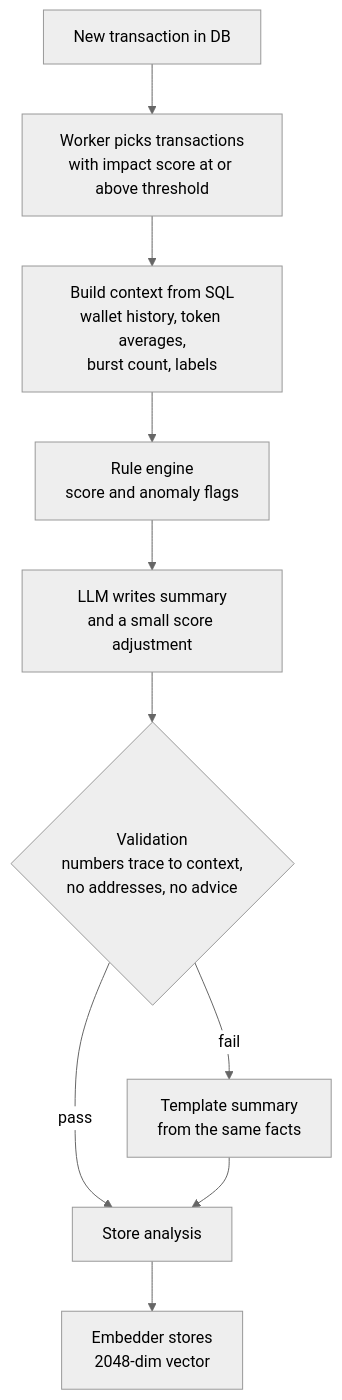
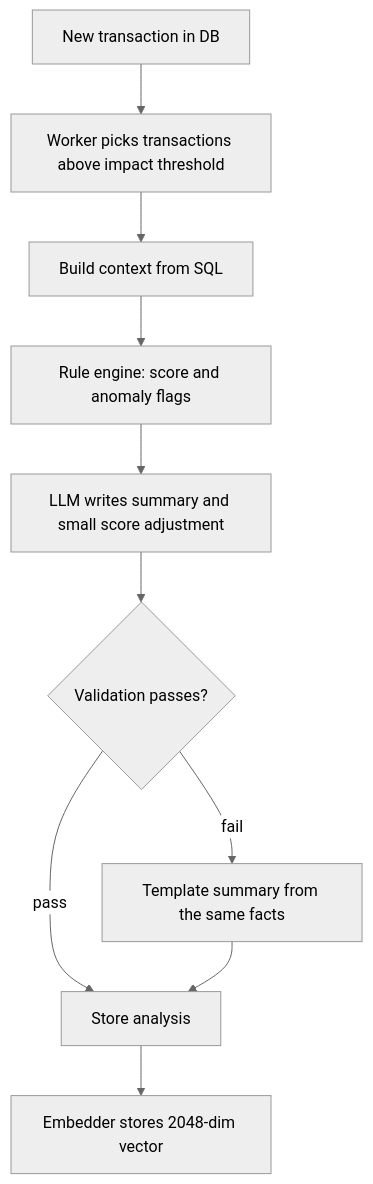
Before and after one commit to arpan-1010/tidal-iq: the second of 3 diagrams in Readme.md, drawn with Mermaid (neutral theme). The commit also changed other lines of this file, not shown here.

````diff
--- a/Readme.md
+++ b/Readme.md
@@ -104,12 +104,12 @@
 ```mermaid
 flowchart TD
-    A[New transaction in DB] --> B[Worker picks transactions<br/>with impact score at or above threshold]
-    B --> C[Build context from SQL<br/>wallet history, token averages,<br/>burst count, labels]
-    C --> D[Rule engine<br/>score and anomaly flags]
-    D --> E[LLM writes summary<br/>and a small score adjustment]
-    E --> F{Validation<br/>numbers trace to context,<br/>no addresses, no advice}
-    F -->|pass| G[Store analysis]
-    F -->|fail| H[Template summary<br/>from the same facts]
+    A["New transaction in DB"] --> B["Worker picks transactions above impact threshold"]
+    B --> C["Build context from SQL"]
+    C --> D["Rule engine: score and anomaly flags"]
+    D --> E["LLM writes summary and small score adjustment"]
+    E --> F{"Validation passes?"}
+    F -->|"pass"| G["Store analysis"]
+    F -->|"fail"| H["Template summary from the same facts"]
     H --> G
-    G --> I[Embedder stores<br/>2048-dim vector]
+    G --> I["Embedder stores 2048-dim vector"]
 ```
````
